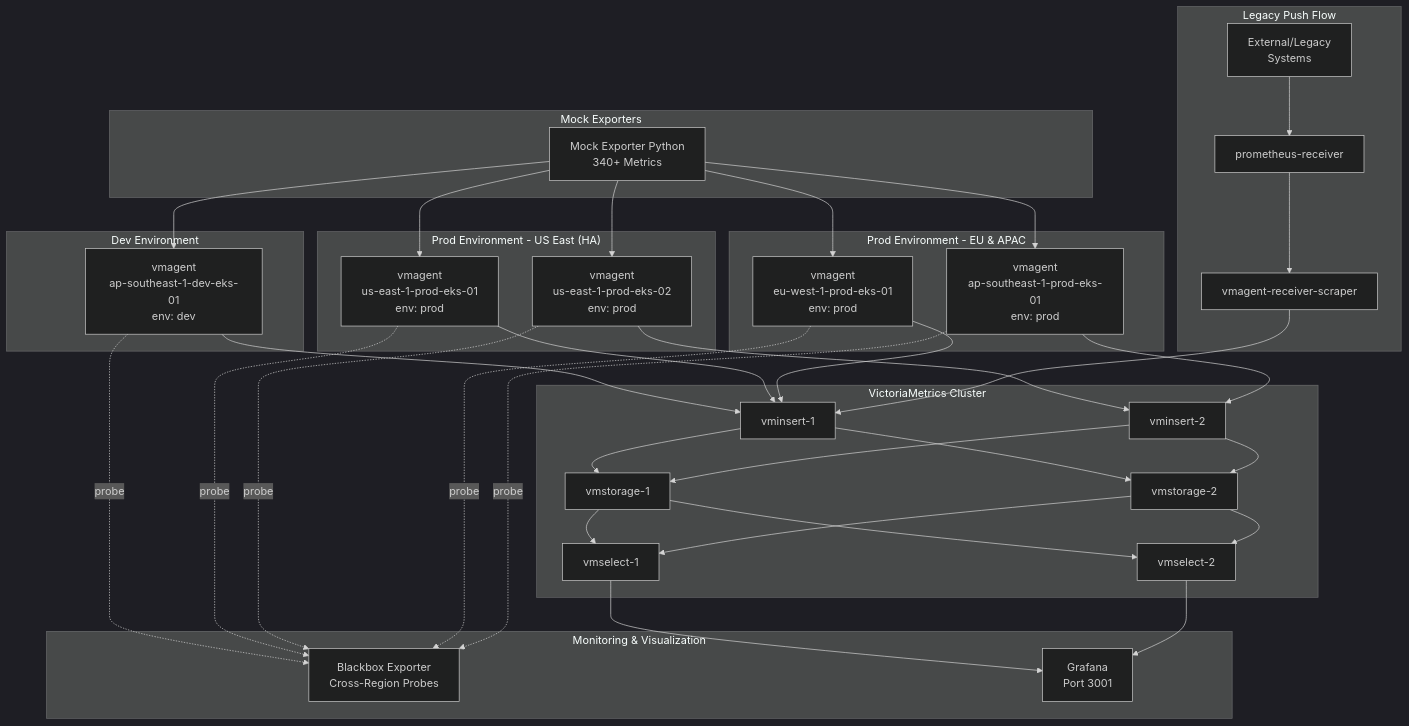
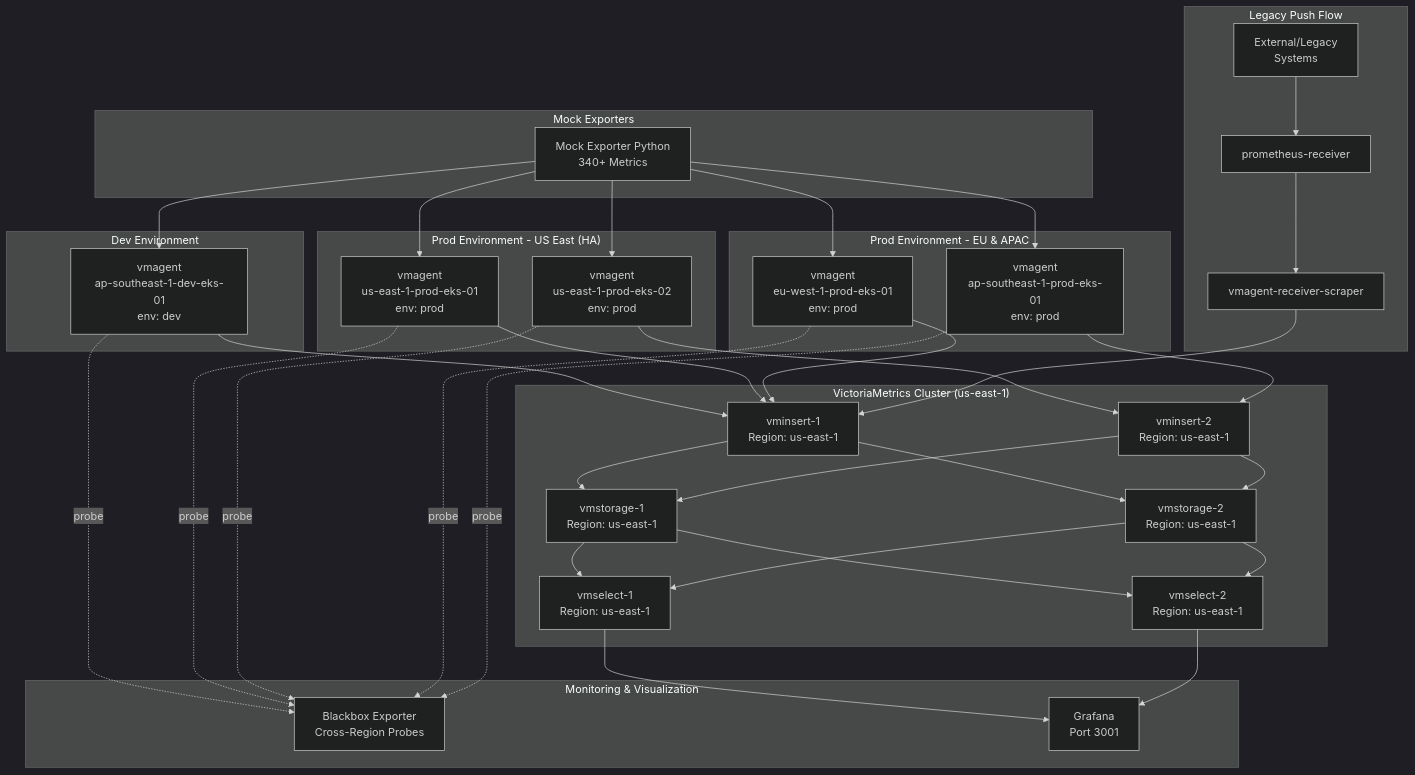
Before and after one commit to duyne-me/prom-remote-write: the diagram in README.md, drawn with Mermaid (dark theme). The commit also changed other lines of this file and 13 other files, not shown here.

````diff
--- a/README.md
+++ b/README.md
@@ -7,58 +7,58 @@
 ```mermaid
 graph TB
     subgraph "Mock Exporters"
         ME[Mock Exporter Python<br/>340+ Metrics]
     end
     
     subgraph "Dev Environment"
         VMA_DEV[vmagent<br/>ap-southeast-1-dev-eks-01<br/>env: dev]
     end
     
     subgraph "Prod Environment - US East (HA)"
         VMA_US1[vmagent<br/>us-east-1-prod-eks-01<br/>env: prod]
         VMA_US2[vmagent<br/>us-east-1-prod-eks-02<br/>env: prod]
     end
     
     subgraph "Prod Environment - EU & APAC"
         VMA_EU[vmagent<br/>eu-west-1-prod-eks-01<br/>env: prod]
         VMA_AP[vmagent<br/>ap-southeast-1-prod-eks-01<br/>env: prod]
     end
     
     subgraph "Legacy Push Flow"
         EXT[External/Legacy<br/>Systems]
         PR[prometheus-receiver]
         VMA_RCV[vmagent-receiver-scraper]
     end
     
-    subgraph "VictoriaMetrics Cluster"
-        VMI1[vminsert-1]
-        VMI2[vminsert-2]
-        VMS1[vmselect-1]
-        VMS2[vmselect-2]
-        VMST1[vmstorage-1]
-        VMST2[vmstorage-2]
+    subgraph "VictoriaMetrics Cluster (us-east-1)"
+        VMI1[vminsert-1<br/>Region: us-east-1]
+        VMI2[vminsert-2<br/>Region: us-east-1]
+        VMS1[vmselect-1<br/>Region: us-east-1]
+        VMS2[vmselect-2<br/>Region: us-east-1]
+        VMST1[vmstorage-1<br/>Region: us-east-1]
+        VMST2[vmstorage-2<br/>Region: us-east-1]
     end
     
     subgraph "Monitoring & Visualization"
         BB[Blackbox Exporter<br/>Cross-Region Probes]
         G[Grafana<br/>Port 3001]
     end
     
     ME --> VMA_DEV & VMA_US1 & VMA_US2 & VMA_EU & VMA_AP
     
     VMA_DEV --> VMI1
     VMA_US1 --> VMI1
     VMA_US2 --> VMI2
     VMA_EU --> VMI1
     VMA_AP --> VMI2
     
     EXT --> PR
     PR --> VMA_RCV
     VMA_RCV --> VMI1
     
     VMA_DEV & VMA_US1 & VMA_US2 & VMA_EU & VMA_AP -.probe.-> BB
     
     VMI1 & VMI2 --> VMST1 & VMST2
     VMST1 & VMST2 --> VMS1 & VMS2
     VMS1 & VMS2 --> G
 ```
````
